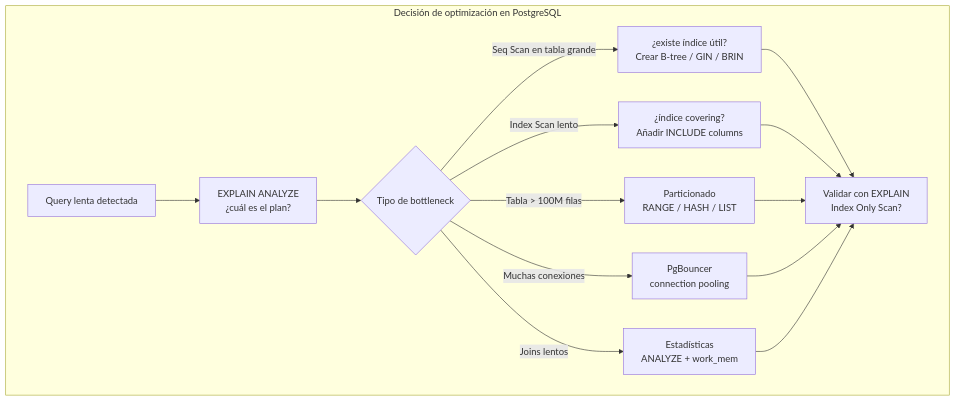
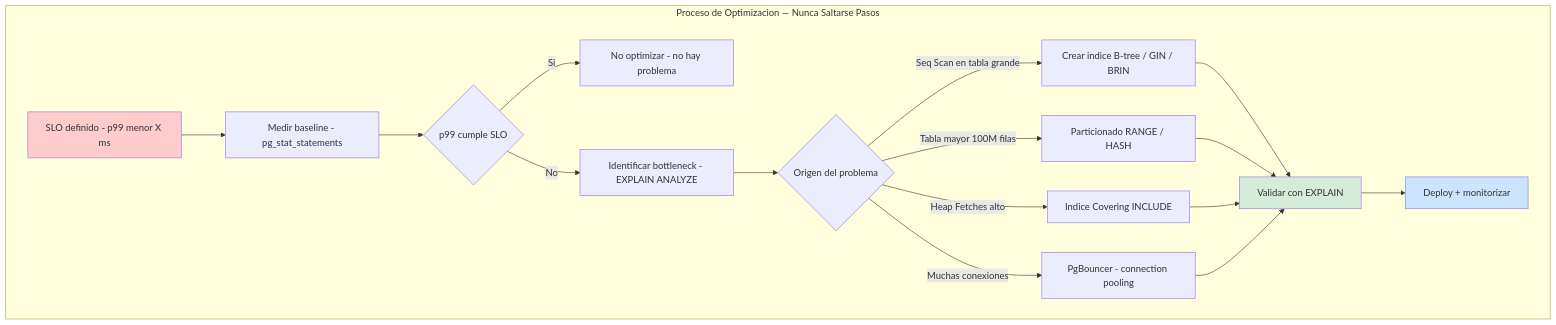
Before and after one commit to Joaquinriosheredia/DAM-Java-Mastery: the first of 3 diagrams in 04_Bases_de_Datos/postgresql_17_avanzado_indices_particionado_y_optimizacion_de_queries_STAFF.md, drawn with Mermaid. The commit also changed other lines of this file, not shown here.

Commit message:
postgresql_17_avanzado_indices_particionado_y_optimizacion_de_queries_STAFF.md

````diff
--- a/04_Bases_de_Datos/postgresql_17_avanzado_indices_particionado_y_optimizacion_de_queries_STAFF.md
+++ b/04_Bases_de_Datos/postgresql_17_avanzado_indices_particionado_y_optimizacion_de_queries_STAFF.md
@@ -31,17 +41,23 @@
 ```mermaid
 graph TD
-    subgraph "Decisión de optimización en PostgreSQL"
-        A[Query lenta detectada] --> B[EXPLAIN ANALYZE\n¿cuál es el plan?]
-        B --> C{Tipo de bottleneck}
-        C -->|Seq Scan en tabla grande| D[¿existe índice útil?\nCrear B-tree / GIN / BRIN]
-        C -->|Index Scan lento| E[¿índice covering?\nAñadir INCLUDE columns]
-        C -->|Tabla > 100M filas| F[Particionado\nRANGE / HASH / LIST]
-        C -->|Muchas conexiones| G[PgBouncer\nconnection pooling]
-        C -->|Joins lentos| H[Estadísticas\nANALYZE + work_mem]
-        D --> I[Validar con EXPLAIN\nIndex Only Scan?]
-        E --> I
-        F --> I
-        G --> I
-        H --> I
+    subgraph "Proceso de Optimizacion — Nunca Saltarse Pasos"
+        A[SLO definido - p99 menor X ms] --> B[Medir baseline - pg_stat_statements]
+        B --> C{p99 cumple SLO}
+        C -->|Si| D[No optimizar - no hay problema]
+        C -->|No| E[Identificar bottleneck - EXPLAIN ANALYZE]
+        E --> F{Origen del problema}
+        F -->|Seq Scan en tabla grande| G[Crear indice B-tree / GIN / BRIN]
+        F -->|Tabla mayor 100M filas| H[Particionado RANGE / HASH]
+        F -->|Heap Fetches alto| I[Indice Covering INCLUDE]
+        F -->|Muchas conexiones| J[PgBouncer - connection pooling]
+        G --> K[Validar con EXPLAIN]
+        H --> K
+        I --> K
+        J --> K
+        K --> L[Deploy + monitorizar]
     end
+    
+    style A fill:#ffcccc
+    style K fill:#d4edda
+    style L fill:#cce5ff
 ```
````
